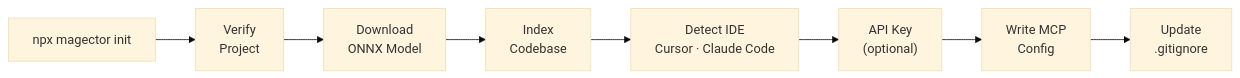
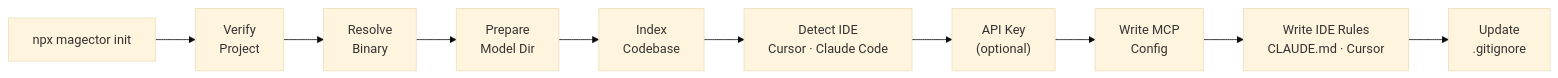
One commit to krejcif/magector changed the fourth of 9 diagrams in README.md. Above: the diagram before and after it, drawn with Mermaid (base theme). The commit also changed other lines of this file, not shown here.

````diff
--- a/README.md
+++ b/README.md
@@ -190,10 +191,12 @@
 ```mermaid
 flowchart LR
   A["npx magector init"] --> B["Verify<br/>Project"]
-  B --> C["Download<br/>ONNX Model"]
+  B --> B2["Resolve<br/>Binary"]
+  B2 --> C["Prepare<br/>Model Dir"]
   C --> D["Index<br/>Codebase"]
   D --> E["Detect IDE<br/>Cursor · Claude Code"]
   E --> E2["API Key<br/>(optional)"]
   E2 --> F["Write MCP<br/>Config"]
-  F --> G["Update<br/>.gitignore"]
+  F --> R["Write IDE Rules<br/>CLAUDE.md · Cursor"]
+  R --> G["Update<br/>.gitignore"]
 ```
````
